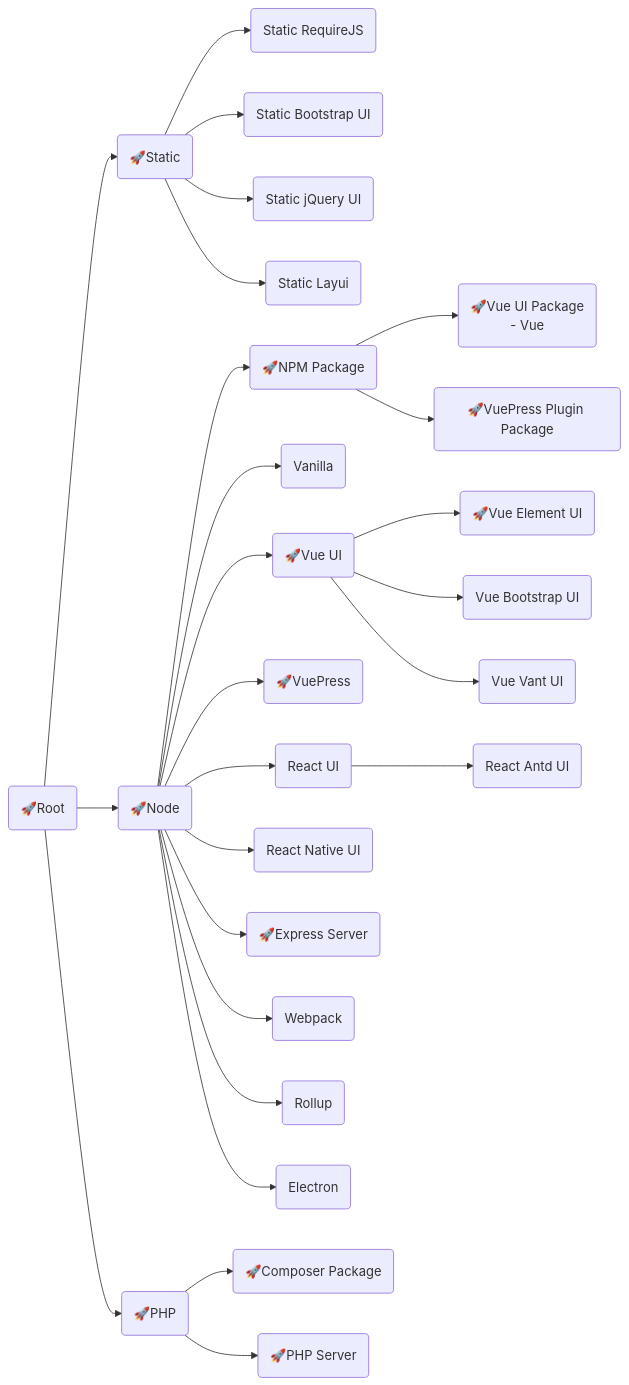
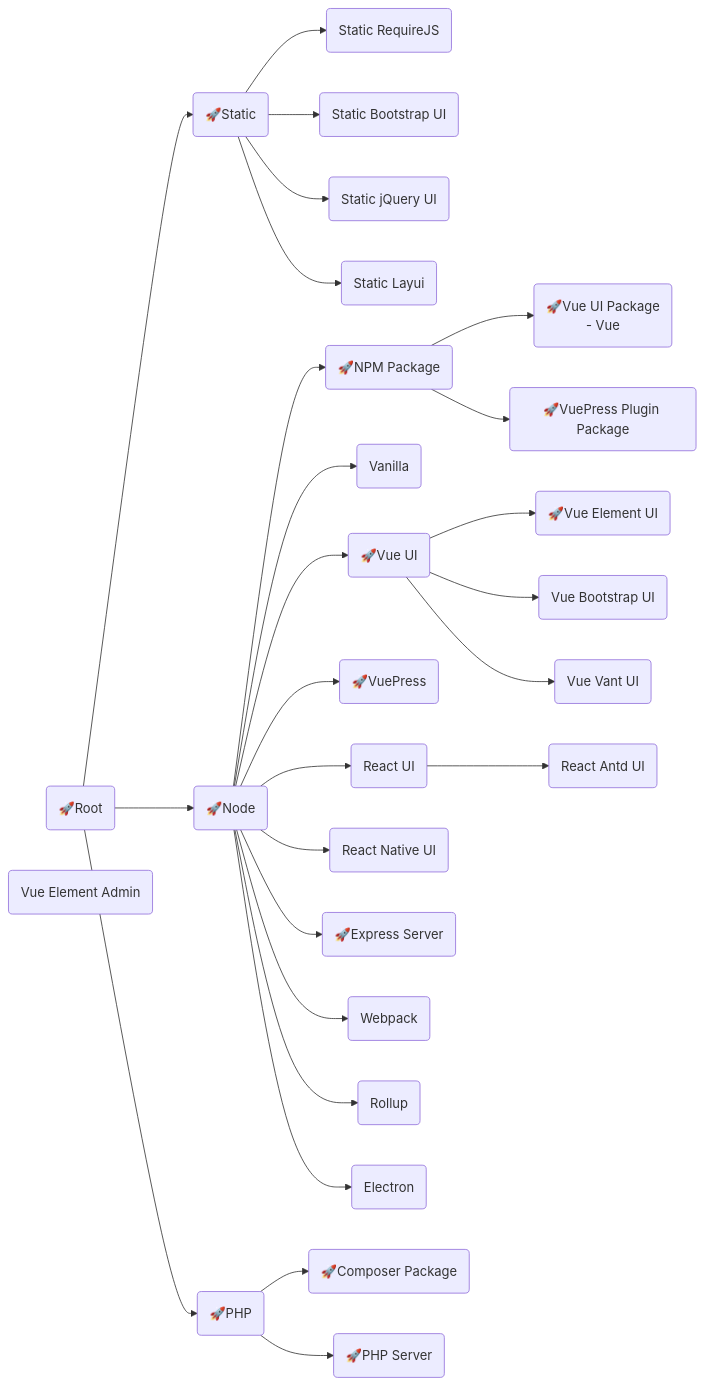
Before and after one commit to langnang-templates/.github: the diagram in profile/README.md, drawn with Mermaid.

````diff
--- a/profile/README.md
+++ b/profile/README.md
@@ -1,44 +1,45 @@
 ```mermaid
 flowchart LR
 Root("🚀Root")
 	click Root "https://github.com/langnang-temp/root"
 
 Root-->Static("🚀Static")
 	click Static "https://github.com/langnang-temp/static"
 	Static-->Static_RequireJS("Static RequireJS")
 	Static-->Static_Bootstrap_UI("Static Bootstrap UI")
 	Static-->Static_jQuery_UI("Static jQuery UI")
 	Static-->Static_Layui("Static Layui")
 Root-->Node("🚀Node")
 	click Node "https://github.com/langnang-temp/node"
 	Node-->NPM_Package("🚀NPM Package")
 		click NPM_Package "https://github.com/langnang-temp/npm-package"
 		NPM_Package-->Vue_UI_Package("🚀Vue UI Package \n- Vue ")
 			click Vue_UI_Package "https://github.com/langnang-temp/vue-ui-package"
 		NPM_Package-->VuePress_Plugin_Package("🚀VuePress Plugin Package")
 			click VuePress_Plugin_Package "https://github.com/langnang-temp/vuepress-plugin-package"
 	Node-->Vanilla("Vanilla")
 	Node-->Vue_UI("🚀Vue UI")
 		click Vue_UI "https://github.com/langnang-temp/vue-ui"
 		Vue_UI-->Vue_Element_UI("🚀Vue Element UI")
 			click Vue_Element_UI "https://github.com/langnang-temp/vue-element-ui"
+			Vue_Element_Admin("Vue Element Admin")
 		Vue_UI-->Vue_Bootstrap_UI("Vue Bootstrap UI")
 		Vue_UI-->Vue_Vant_UI("Vue Vant UI")
 	Node-->VuePress("🚀VuePress")
 		click VuePress "https://github.com/langnang-temp/vuepress"
 	Node-->React_UI("React UI")
 		React_UI-->React_Antd_UI("React Antd UI")
 	Node-->React_Native_UI("React Native UI")
 	Node-->Express_Server("🚀Express Server")
 		click Express_Server "https://github.com/langnang-temp/express-server"
 	Node-->Webpack("Webpack")
 	Node-->Rollup("Rollup")
 	Node-->Electron("Electron")
 
 Root-->PHP("🚀PHP")
 	click PHP "https://github.com/langnang-temp/php"
 	PHP-->Composer_Package("🚀Composer Package")
 	click Composer_Package "https://github.com/langnang-temp/composer-package"
 	PHP-->PHP_Server("🚀PHP Server")
 		click PHP_Server "https://github.com/langnang-temp/php-server"
 ```
````
